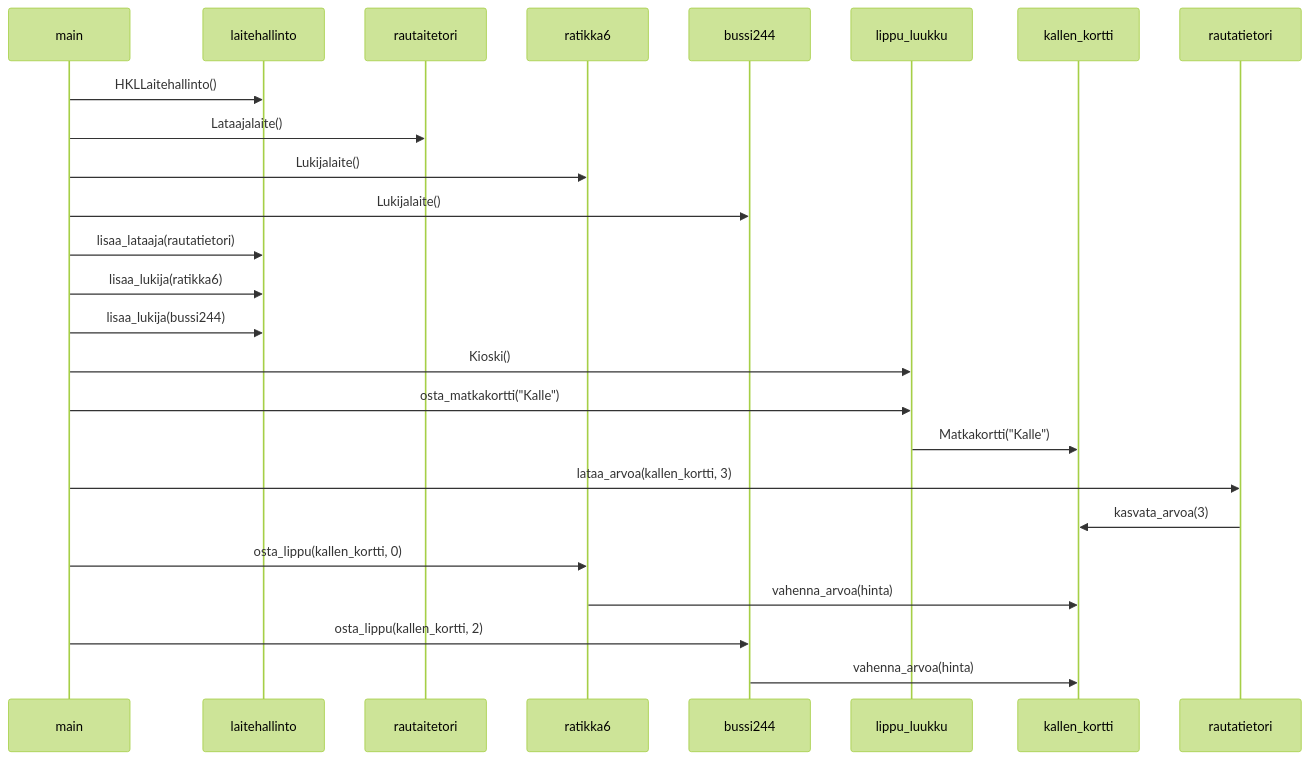
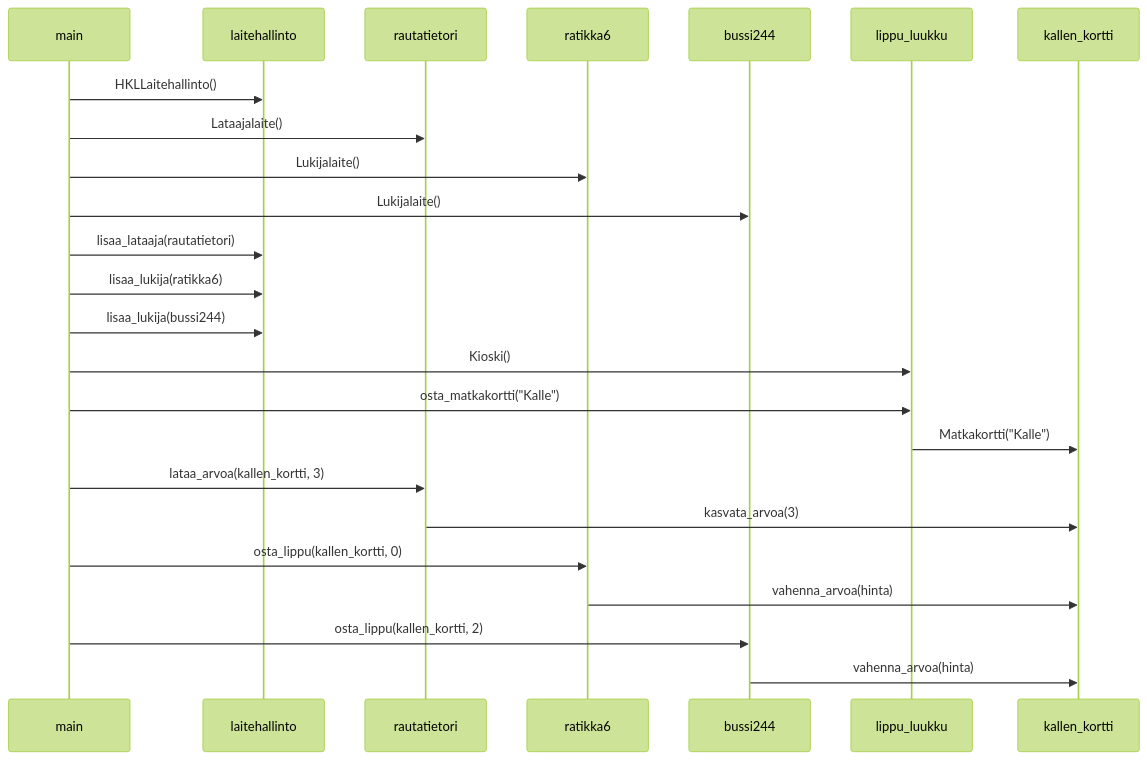
The diagram in laskarit/viikko3/sekvenssikaavio.md (annica-henriette/ot-harjoitustyo), drawn with Mermaid (forest theme) before and after one commit.

Commit message:
modified sequence diagram

````diff
--- a/laskarit/viikko3/sekvenssikaavio.md
+++ b/laskarit/viikko3/sekvenssikaavio.md
@@ -1,21 +1,21 @@
 ```mermaid
 sequenceDiagram
     participant main
     
     main->>laitehallinto: HKLLaitehallinto()
-    main->>rautaitetori: Lataajalaite()
+    main->>rautatietori: Lataajalaite()
     main->>ratikka6: Lukijalaite()
     main->>bussi244: Lukijalaite()
     main->>laitehallinto: lisaa_lataaja(rautatietori)
     main->>laitehallinto: lisaa_lukija(ratikka6)
     main->>laitehallinto: lisaa_lukija(bussi244)
     main->>lippu_luukku: Kioski()
     main->>lippu_luukku: osta_matkakortti("Kalle")
     lippu_luukku->>kallen_kortti: Matkakortti("Kalle")
     main->>rautatietori: lataa_arvoa(kallen_kortti, 3)
     rautatietori->>kallen_kortti: kasvata_arvoa(3)
     main->>ratikka6: osta_lippu(kallen_kortti, 0)
     ratikka6->>kallen_kortti: vahenna_arvoa(hinta)
     main->>bussi244: osta_lippu(kallen_kortti, 2)
     bussi244->>kallen_kortti: vahenna_arvoa(hinta)
 ```
````
